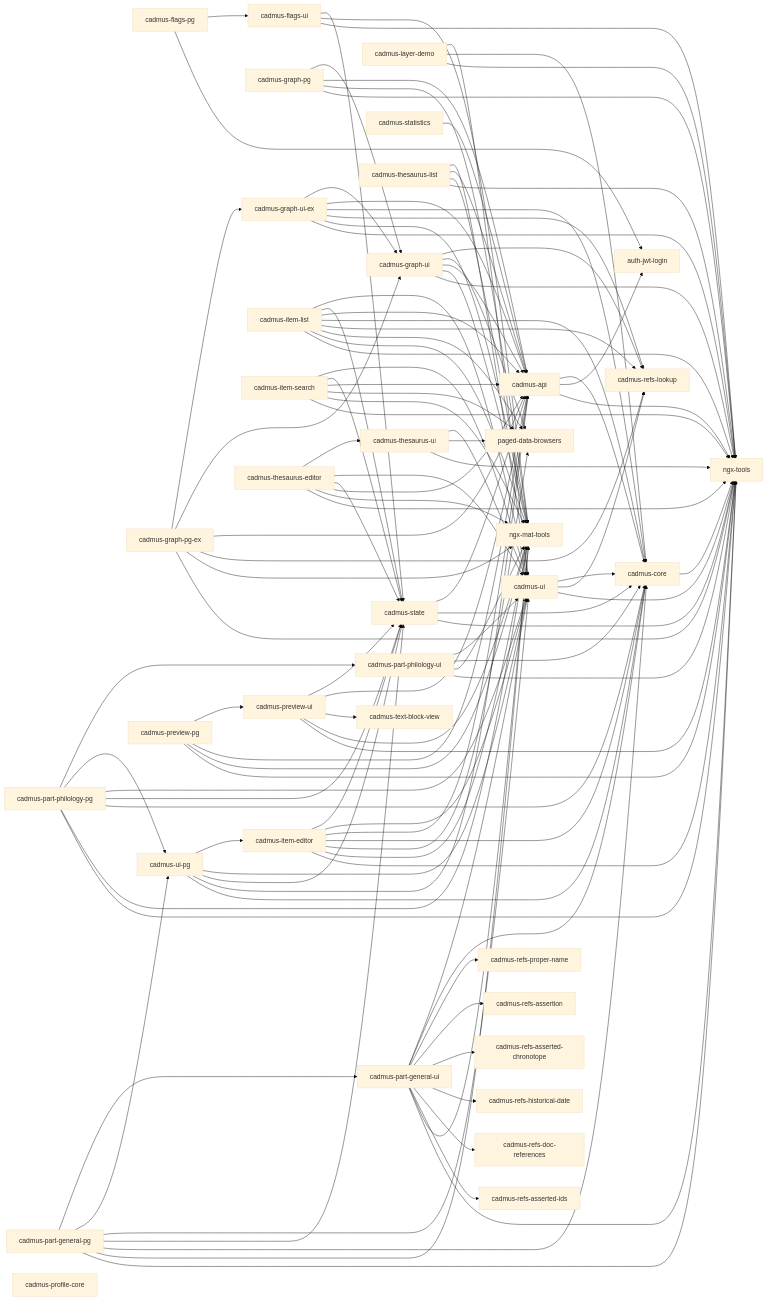
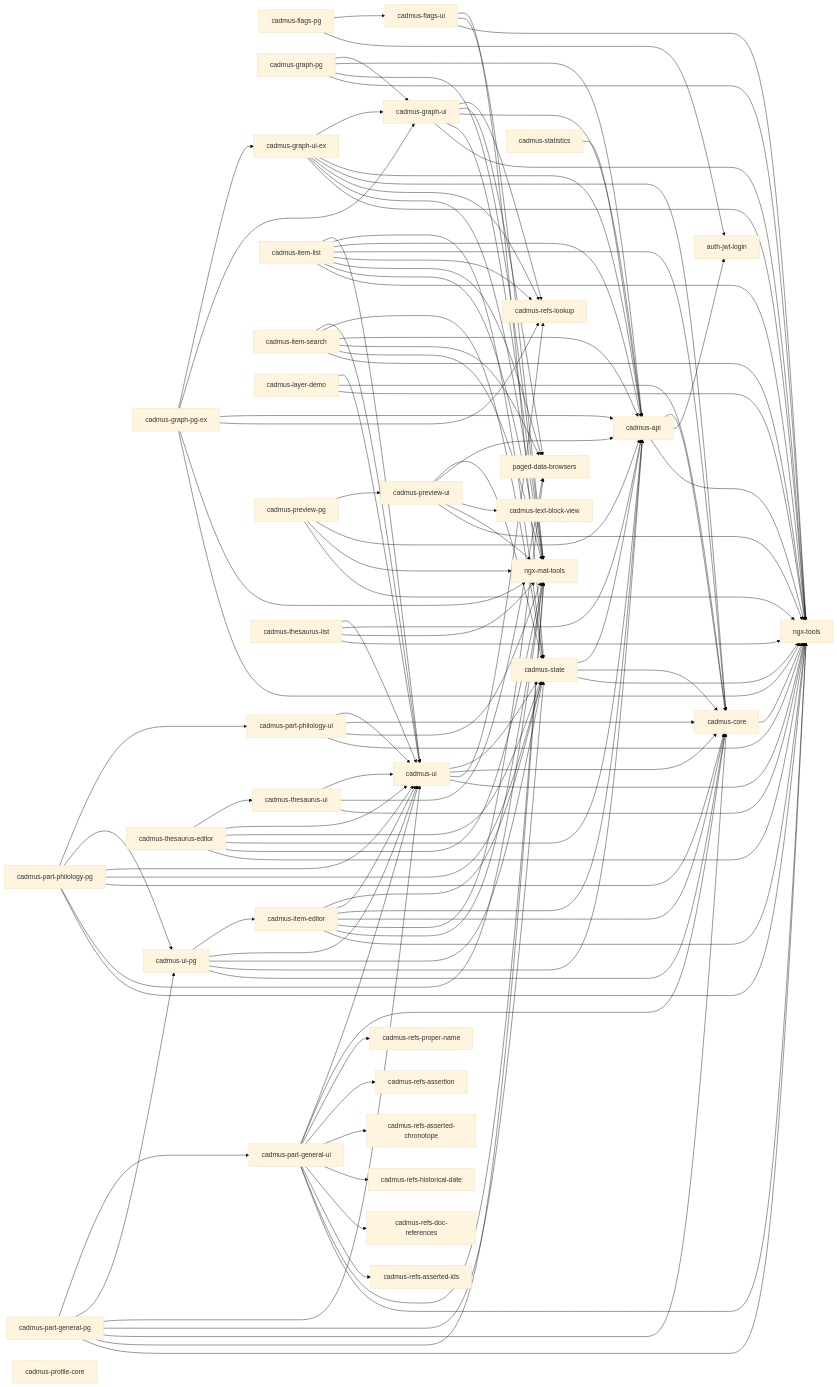
One commit to vedph/cadmus-shell-v3 changed the diagram in README.md. Above: the diagram before and after it, drawn with Mermaid (base theme). The commit also changed other lines of this file and 66 other files, not shown here.

First line of the commit message:
New graph walker component

```diff
--- a/README.md
+++ b/README.md
@@ -162,6 +162,7 @@
   cadmus-ui --> ngx-tools
   cadmus-ui --> cadmus-refs-lookup
   cadmus-ui --> cadmus-core
+  cadmus-ui --> cadmus-state
   cadmus-ui-pg --> cadmus-core
   cadmus-ui-pg --> cadmus-api
   cadmus-ui-pg --> cadmus-state
```
